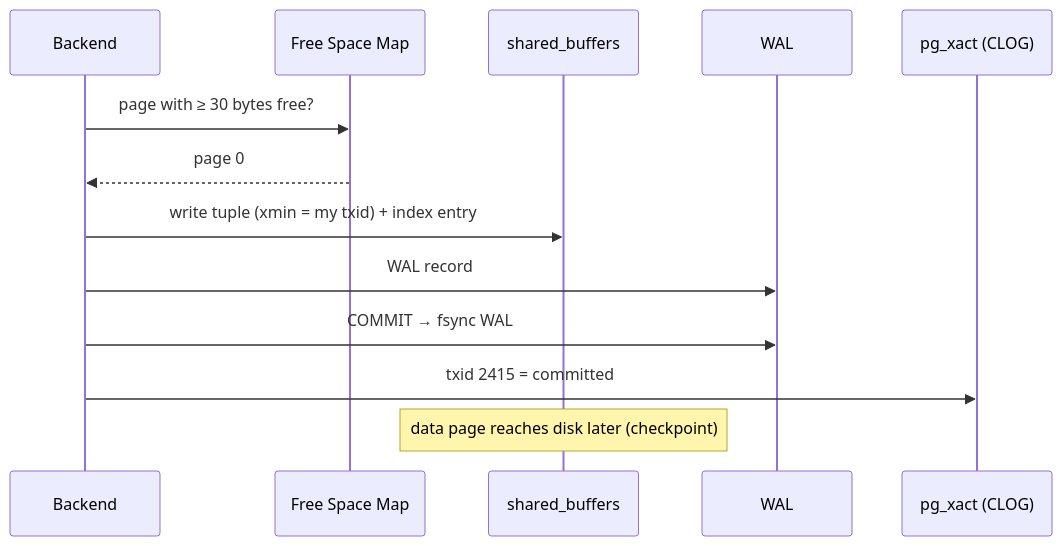
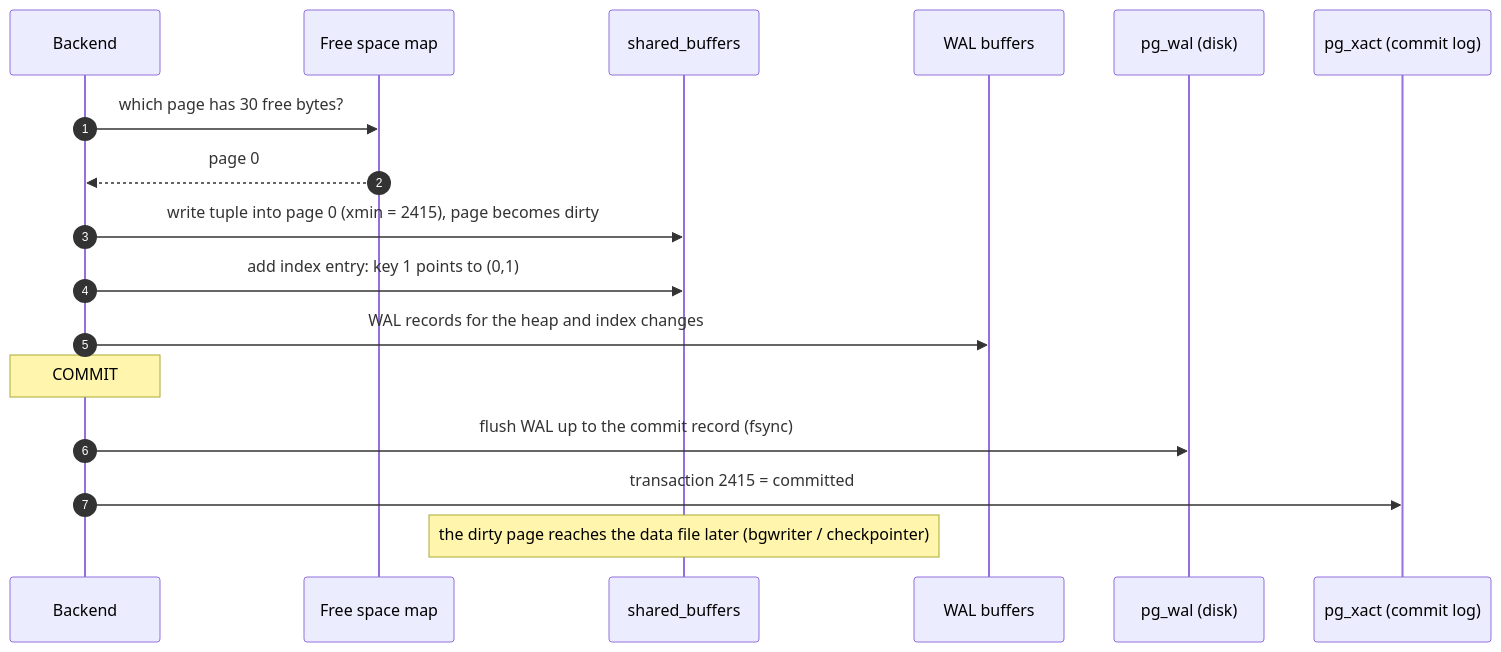
One commit to wesamkhateeb98-creator/postgresql-zero-to-hero changed the second of 5 diagrams in Doc/00-introduction/05-crud-internals.md. Above: the diagram before and after it, drawn with Mermaid. The commit also changed other lines of this file and 33 other files, not shown here.

First line of the commit message:
Add PL/pgSQL phase, rework architecture/storage/CRUD docs

````diff
--- a/Doc/00-introduction/05-crud-internals.md
+++ b/Doc/00-introduction/05-crud-internals.md
@@ -7,15 +22,19 @@
 ```mermaid
 sequenceDiagram
+    autonumber
     participant B as Backend
-    participant FSM as Free Space Map
+    participant FSM as Free space map
     participant SB as shared_buffers
-    participant W as WAL
-    participant X as pg_xact (CLOG)
-    B->>FSM: page with ≥ 30 bytes free?
+    participant WB as WAL buffers
+    participant WD as pg_wal (disk)
+    participant X as pg_xact (commit log)
+    B->>FSM: which page has 30 free bytes?
     FSM-->>B: page 0
-    B->>SB: write tuple (xmin = my txid) + index entry
-    B->>W: WAL record
-    B->>W: COMMIT → fsync WAL
-    B->>X: txid 2415 = committed
-    Note over SB: data page reaches disk later (checkpoint)
+    B->>SB: write tuple into page 0 (xmin = 2415), page becomes dirty
+    B->>SB: add index entry: key 1 points to (0,1)
+    B->>WB: WAL records for the heap and index changes
+    Note over B: COMMIT
+    B->>WD: flush WAL up to the commit record (fsync)
+    B->>X: transaction 2415 = committed
+    Note over SB: the dirty page reaches the data file later (bgwriter / checkpointer)
 ```
````
